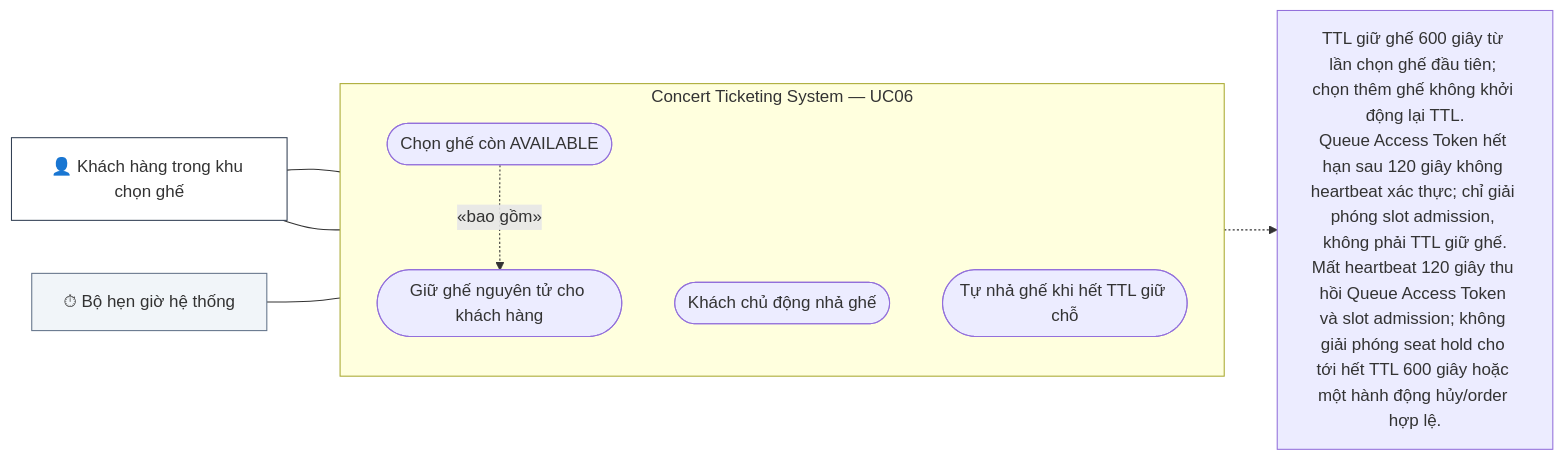
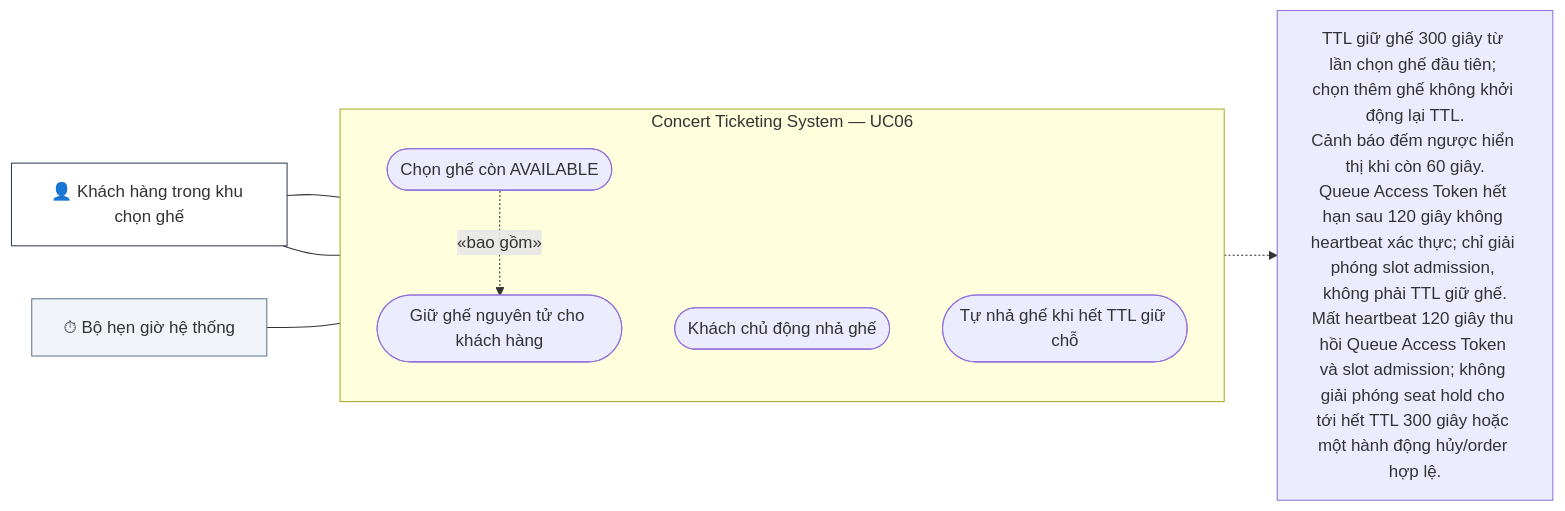
Before and after one commit to toanteng11/concert-ticketing-docs: the diagram in business-analysis/03_Functional_Requirements/02_Concert_Ticket_Purchase_Module/UC06_Select_And_Hold_Seats.md, drawn with Mermaid. The commit also changed other lines of this file and 43 other files, not shown here.

````diff
--- a/business-analysis/03_Functional_Requirements/02_Concert_Ticket_Purchase_Module/UC06_Select_And_Hold_Seats.md
+++ b/business-analysis/03_Functional_Requirements/02_Concert_Ticket_Purchase_Module/UC06_Select_And_Hold_Seats.md
@@ -26,22 +26,22 @@
 ```mermaid
 flowchart LR
   customer["👤 Khách hàng trong khu chọn ghế"]
   timer["⏱ Bộ hẹn giờ hệ thống"]
   subgraph SYS["Concert Ticketing System — UC06"]
     direction TB
     select(["Chọn ghế còn AVAILABLE"])
     hold(["Giữ ghế nguyên tử cho khách hàng"])
     release(["Khách chủ động nhả ghế"])
     expire(["Tự nhả ghế khi hết TTL giữ chỗ"])
   end
   customer --- select
   select -.->|«bao gồm»| hold
   customer --- release
   timer --- expire
   classDef actor fill:#fff,stroke:#334155,stroke-width:1px
   classDef system fill:#f1f5f9,stroke:#64748b,stroke-width:1px
   class customer actor
   class timer system
-  note["TTL giữ ghế 600 giây từ lần chọn ghế đầu tiên; chọn thêm ghế không khởi động lại TTL.<br/>Queue Access Token hết hạn sau 120 giây không heartbeat xác thực; chỉ giải phóng slot admission, không phải TTL giữ ghế.<br/>Mất heartbeat 120 giây thu hồi Queue Access Token và slot admission; không giải phóng seat hold cho tới hết TTL 600 giây hoặc một hành động hủy/order hợp lệ."]
+    note["TTL giữ ghế 300 giây từ lần chọn ghế đầu tiên; chọn thêm ghế không khởi động lại TTL.<br/>Cảnh báo đếm ngược hiển thị khi còn 60 giây.<br/>Queue Access Token hết hạn sau 120 giây không heartbeat xác thực; chỉ giải phóng slot admission, không phải TTL giữ ghế.<br/>Mất heartbeat 120 giây thu hồi Queue Access Token và slot admission; không giải phóng seat hold cho tới hết TTL 300 giây hoặc một hành động hủy/order hợp lệ."]
   hold -.-> note
 ```
````
